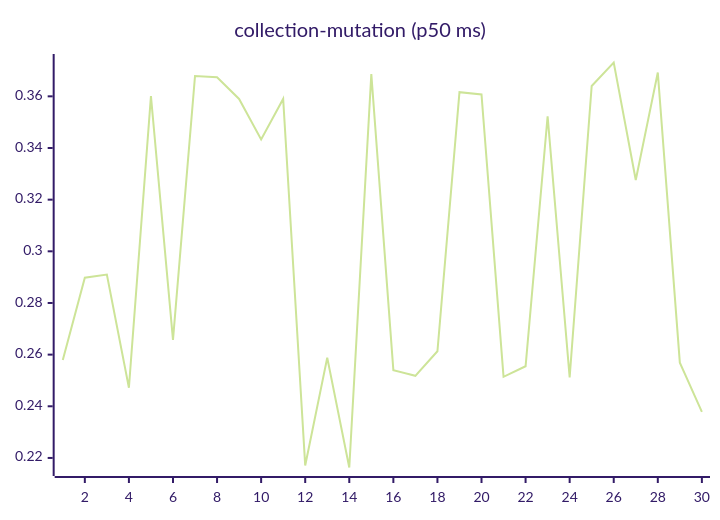
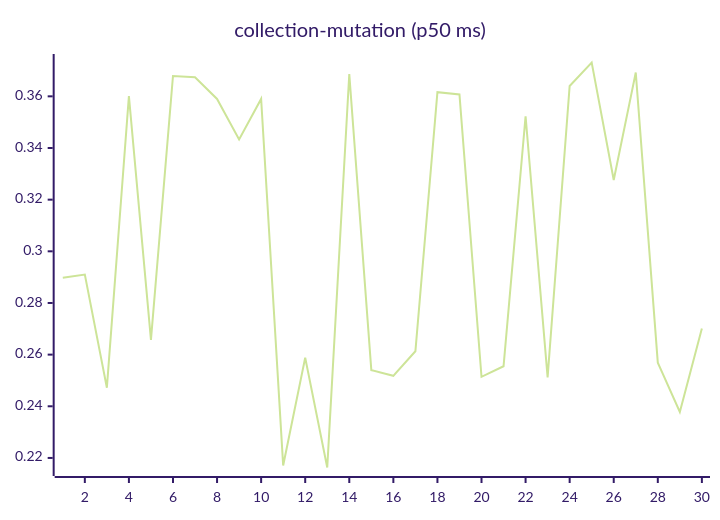
The sixth of 27 diagrams in README.md (josha/Facet), drawn with Mermaid (forest theme) before and after one commit. The commit also changed other lines of this file and 2 other files, not shown here.

````diff
--- a/README.md
+++ b/README.md
@@ -98,6 +98,6 @@
 ```mermaid
 xychart-beta
     title "collection-mutation (p50 ms)"
     x-axis 1 --> 30
-    line [0.2579, 0.2898, 0.2910, 0.2472, 0.3601, 0.2657, 0.3679, 0.3674, 0.3590, 0.3433, 0.3590, 0.2171, 0.2588, 0.2163, 0.3686, 0.2540, 0.2518, 0.2613, 0.3616, 0.3607, 0.2514, 0.2555, 0.3523, 0.2512, 0.3640, 0.3731, 0.3276, 0.3692, 0.2569, 0.2378]
+    line [0.2898, 0.2910, 0.2472, 0.3601, 0.2657, 0.3679, 0.3674, 0.3590, 0.3433, 0.3590, 0.2171, 0.2588, 0.2163, 0.3686, 0.2540, 0.2518, 0.2613, 0.3616, 0.3607, 0.2514, 0.2555, 0.3523, 0.2512, 0.3640, 0.3731, 0.3276, 0.3692, 0.2569, 0.2378, 0.2701]
 ```
````
